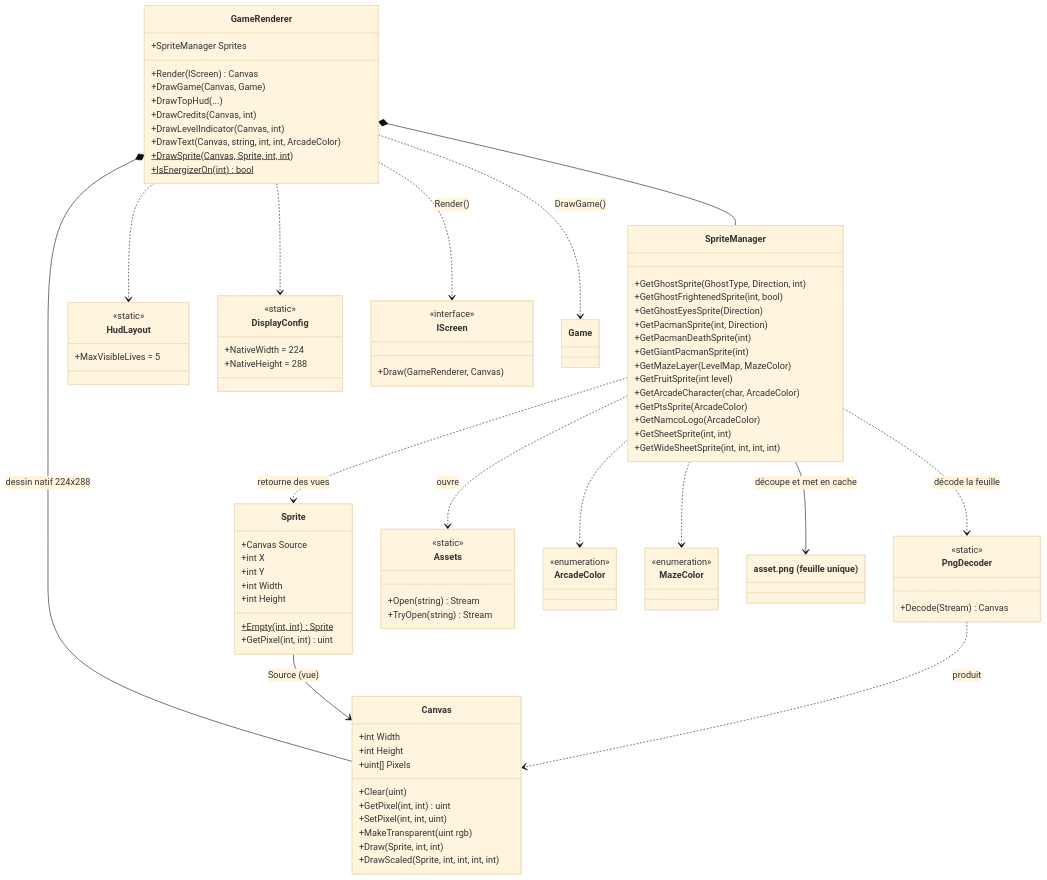
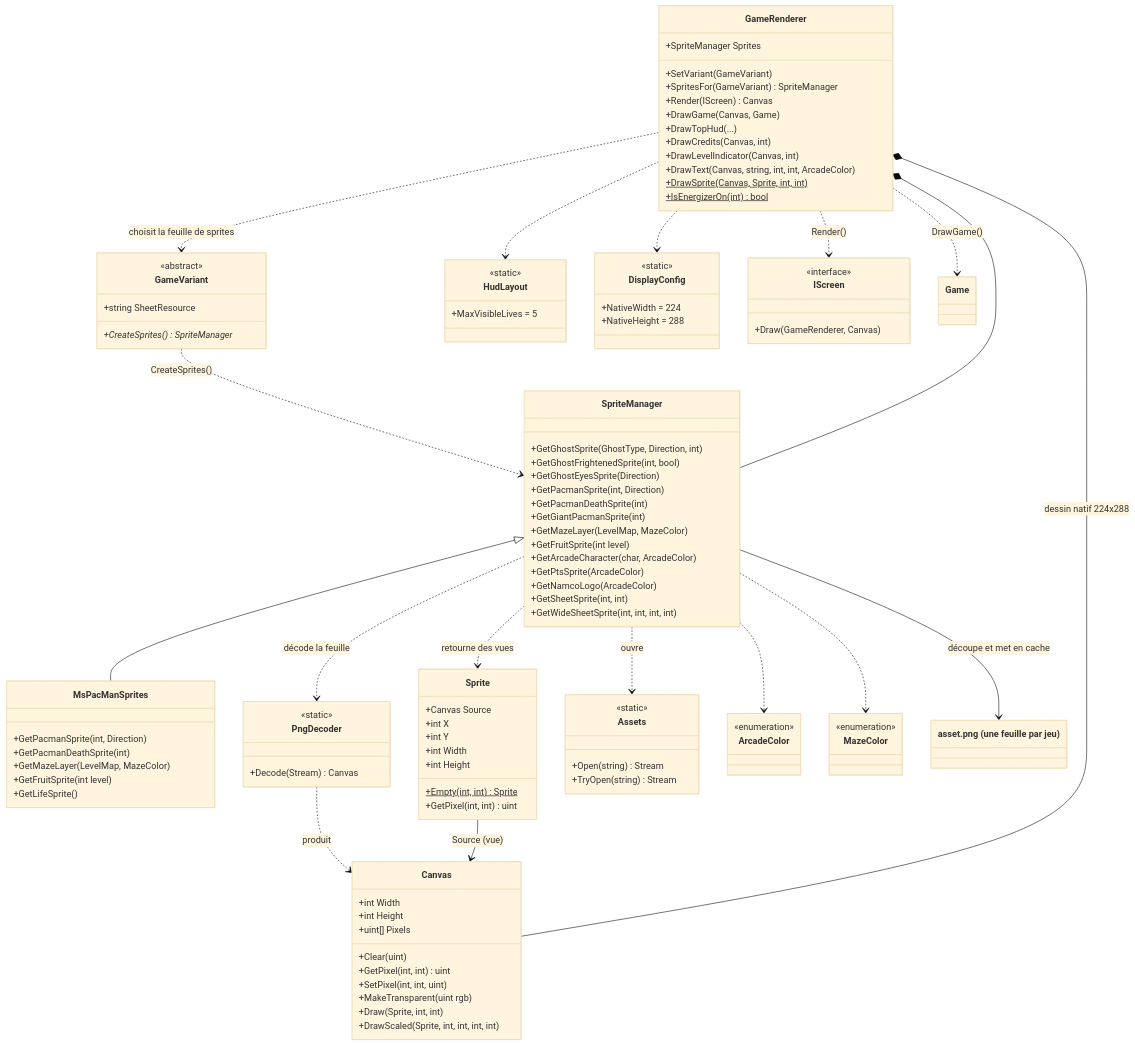
One commit to Telev78/pacman changed the sixth of 31 diagrams in docs/Pacman_UML_et_etats.md. Above: the diagram before and after it, drawn with Mermaid (base theme). The commit also changed other lines of this file and 173 other files, not shown here.

````diff
--- a/docs/Pacman_UML_et_etats.md
+++ b/docs/Pacman_UML_et_etats.md
@@ -548,6 +665,8 @@
   direction TB
   class GameRenderer {
     +SpriteManager Sprites
+    +SetVariant(GameVariant)
+    +SpritesFor(GameVariant) SpriteManager
     +Render(IScreen) Canvas
     +DrawGame(Canvas, Game)
     +DrawTopHud(...)
@@ -571,6 +690,18 @@
     +GetNamcoLogo(ArcadeColor)
     +GetSheetSprite(int, int)
     +GetWideSheetSprite(int, int, int, int)
+  }
+  class MsPacManSprites {
+    +GetPacmanSprite(int, Direction)
+    +GetPacmanDeathSprite(int)
+    +GetMazeLayer(LevelMap, MazeColor)
+    +GetFruitSprite(int level)
+    +GetLifeSprite()
+  }
+  class GameVariant {
+    <<abstract>>
+    +CreateSprites()* SpriteManager
+    +string SheetResource
   }
   class Canvas {
     +int Width
@@ -621,7 +752,7 @@
     +Draw(GameRenderer, Canvas)
   }
   class Game
-  class asset_png["asset.png (feuille unique)"]
+  class asset_png["asset.png (une feuille par jeu)"]
 
   GameRenderer *-- SpriteManager
   GameRenderer *-- Canvas : dessin natif 224x288
@@ -637,4 +768,7 @@
   SpriteManager --> asset_png : découpe et met en cache
   SpriteManager ..> ArcadeColor
   SpriteManager ..> MazeColor
+  SpriteManager <|-- MsPacManSprites
+  GameVariant ..> SpriteManager : CreateSprites()
+  GameRenderer ..> GameVariant : choisit la feuille de sprites
 ```
````
